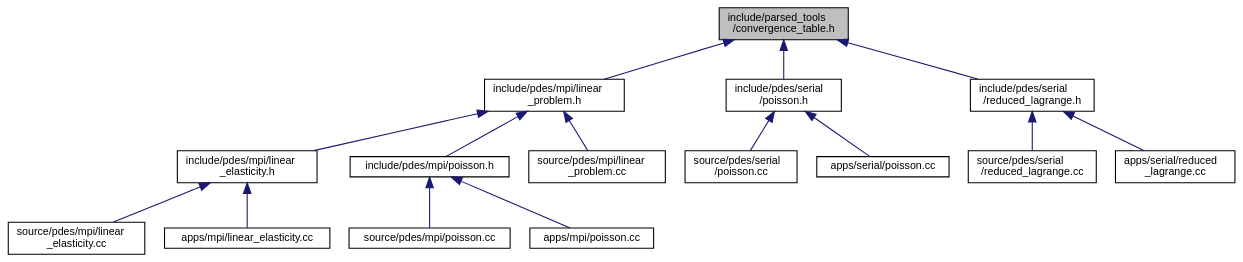
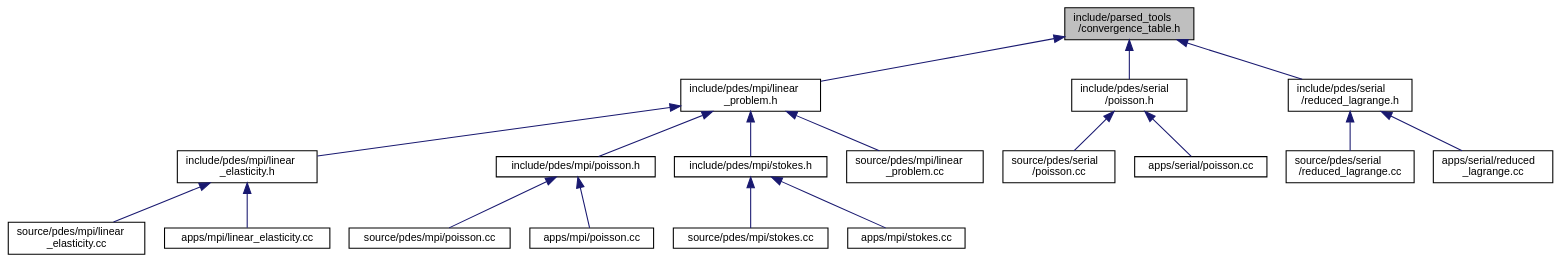
Before and after one commit to luca-heltai/fsi-suite: the diagram in convergence__table_8h__dep__incl.dot, drawn with Graphviz. The commit also changed 742 other files, not shown here.

```diff
--- a/convergence__table_8h__dep__incl.dot
+++ b/convergence__table_8h__dep__incl.dot
@@ -1,36 +1,42 @@
 digraph "include/parsed_tools/convergence_table.h"
 {
  // LATEX_PDF_SIZE
   bgcolor="transparent";
   edge [fontname="Helvetica",fontsize="10",labelfontname="Helvetica",labelfontsize="10"];
   node [fontname="Helvetica",fontsize="10",shape=record];
   Node1 [label="include/parsed_tools\l/convergence_table.h",height=0.2,width=0.4,color="black", fillcolor="grey75", style="filled", fontcolor="black",tooltip=" "];
   Node1 -> Node2 [dir="back",color="midnightblue",fontsize="10",style="solid",fontname="Helvetica"];
   Node2 [label="include/pdes/mpi/linear\l_problem.h",height=0.2,width=0.4,color="black",URL="$linear__problem_8h.html",tooltip=" "];
   Node2 -> Node3 [dir="back",color="midnightblue",fontsize="10",style="solid",fontname="Helvetica"];
   Node3 [label="include/pdes/mpi/linear\l_elasticity.h",height=0.2,width=0.4,color="black",URL="$mpi_2linear__elasticity_8h.html",tooltip=" "];
   Node3 -> Node4 [dir="back",color="midnightblue",fontsize="10",style="solid",fontname="Helvetica"];
   Node4 [label="source/pdes/mpi/linear\l_elasticity.cc",height=0.2,width=0.4,color="black",URL="$source_2pdes_2mpi_2linear__elasticity_8cc.html",tooltip=" "];
   Node3 -> Node5 [dir="back",color="midnightblue",fontsize="10",style="solid",fontname="Helvetica"];
   Node5 [label="apps/mpi/linear_elasticity.cc",height=0.2,width=0.4,color="black",URL="$apps_2mpi_2linear__elasticity_8cc.html",tooltip=" "];
   Node2 -> Node6 [dir="back",color="midnightblue",fontsize="10",style="solid",fontname="Helvetica"];
   Node6 [label="include/pdes/mpi/poisson.h",height=0.2,width=0.4,color="black",URL="$mpi_2poisson_8h.html",tooltip=" "];
   Node6 -> Node7 [dir="back",color="midnightblue",fontsize="10",style="solid",fontname="Helvetica"];
   Node7 [label="source/pdes/mpi/poisson.cc",height=0.2,width=0.4,color="black",URL="$source_2pdes_2mpi_2poisson_8cc.html",tooltip=" "];
   Node6 -> Node8 [dir="back",color="midnightblue",fontsize="10",style="solid",fontname="Helvetica"];
   Node8 [label="apps/mpi/poisson.cc",height=0.2,width=0.4,color="black",URL="$apps_2mpi_2poisson_8cc.html",tooltip=" "];
   Node2 -> Node9 [dir="back",color="midnightblue",fontsize="10",style="solid",fontname="Helvetica"];
-  Node9 [label="source/pdes/mpi/linear\l_problem.cc",height=0.2,width=0.4,color="black",URL="$linear__problem_8cc.html",tooltip=" "];
-  Node1 -> Node10 [dir="back",color="midnightblue",fontsize="10",style="solid",fontname="Helvetica"];
-  Node10 [label="include/pdes/serial\l/poisson.h",height=0.2,width=0.4,color="black",URL="$serial_2poisson_8h.html",tooltip=" "];
-  Node10 -> Node11 [dir="back",color="midnightblue",fontsize="10",style="solid",fontname="Helvetica"];
-  Node11 [label="source/pdes/serial\l/poisson.cc",height=0.2,width=0.4,color="black",URL="$source_2pdes_2serial_2poisson_8cc.html",tooltip=" "];
-  Node10 -> Node12 [dir="back",color="midnightblue",fontsize="10",style="solid",fontname="Helvetica"];
-  Node12 [label="apps/serial/poisson.cc",height=0.2,width=0.4,color="black",URL="$apps_2serial_2poisson_8cc.html",tooltip=" "];
+  Node9 [label="include/pdes/mpi/stokes.h",height=0.2,width=0.4,color="black",URL="$mpi_2stokes_8h.html",tooltip=" "];
+  Node9 -> Node10 [dir="back",color="midnightblue",fontsize="10",style="solid",fontname="Helvetica"];
+  Node10 [label="source/pdes/mpi/stokes.cc",height=0.2,width=0.4,color="black",URL="$source_2pdes_2mpi_2stokes_8cc.html",tooltip=" "];
+  Node9 -> Node11 [dir="back",color="midnightblue",fontsize="10",style="solid",fontname="Helvetica"];
+  Node11 [label="apps/mpi/stokes.cc",height=0.2,width=0.4,color="black",URL="$apps_2mpi_2stokes_8cc.html",tooltip=" "];
+  Node2 -> Node12 [dir="back",color="midnightblue",fontsize="10",style="solid",fontname="Helvetica"];
+  Node12 [label="source/pdes/mpi/linear\l_problem.cc",height=0.2,width=0.4,color="black",URL="$linear__problem_8cc.html",tooltip=" "];
   Node1 -> Node13 [dir="back",color="midnightblue",fontsize="10",style="solid",fontname="Helvetica"];
-  Node13 [label="include/pdes/serial\l/reduced_lagrange.h",height=0.2,width=0.4,color="black",URL="$reduced__lagrange_8h.html",tooltip=" "];
+  Node13 [label="include/pdes/serial\l/poisson.h",height=0.2,width=0.4,color="black",URL="$serial_2poisson_8h.html",tooltip=" "];
   Node13 -> Node14 [dir="back",color="midnightblue",fontsize="10",style="solid",fontname="Helvetica"];
-  Node14 [label="source/pdes/serial\l/reduced_lagrange.cc",height=0.2,width=0.4,color="black",URL="$source_2pdes_2serial_2reduced__lagrange_8cc.html",tooltip=" "];
+  Node14 [label="source/pdes/serial\l/poisson.cc",height=0.2,width=0.4,color="black",URL="$source_2pdes_2serial_2poisson_8cc.html",tooltip=" "];
   Node13 -> Node15 [dir="back",color="midnightblue",fontsize="10",style="solid",fontname="Helvetica"];
-  Node15 [label="apps/serial/reduced\l_lagrange.cc",height=0.2,width=0.4,color="black",URL="$apps_2serial_2reduced__lagrange_8cc.html",tooltip=" "];
+  Node15 [label="apps/serial/poisson.cc",height=0.2,width=0.4,color="black",URL="$apps_2serial_2poisson_8cc.html",tooltip=" "];
+  Node1 -> Node16 [dir="back",color="midnightblue",fontsize="10",style="solid",fontname="Helvetica"];
+  Node16 [label="include/pdes/serial\l/reduced_lagrange.h",height=0.2,width=0.4,color="black",URL="$reduced__lagrange_8h.html",tooltip=" "];
+  Node16 -> Node17 [dir="back",color="midnightblue",fontsize="10",style="solid",fontname="Helvetica"];
+  Node17 [label="source/pdes/serial\l/reduced_lagrange.cc",height=0.2,width=0.4,color="black",URL="$source_2pdes_2serial_2reduced__lagrange_8cc.html",tooltip=" "];
+  Node16 -> Node18 [dir="back",color="midnightblue",fontsize="10",style="solid",fontname="Helvetica"];
+  Node18 [label="apps/serial/reduced\l_lagrange.cc",height=0.2,width=0.4,color="black",URL="$apps_2serial_2reduced__lagrange_8cc.html",tooltip=" "];
 }
```
